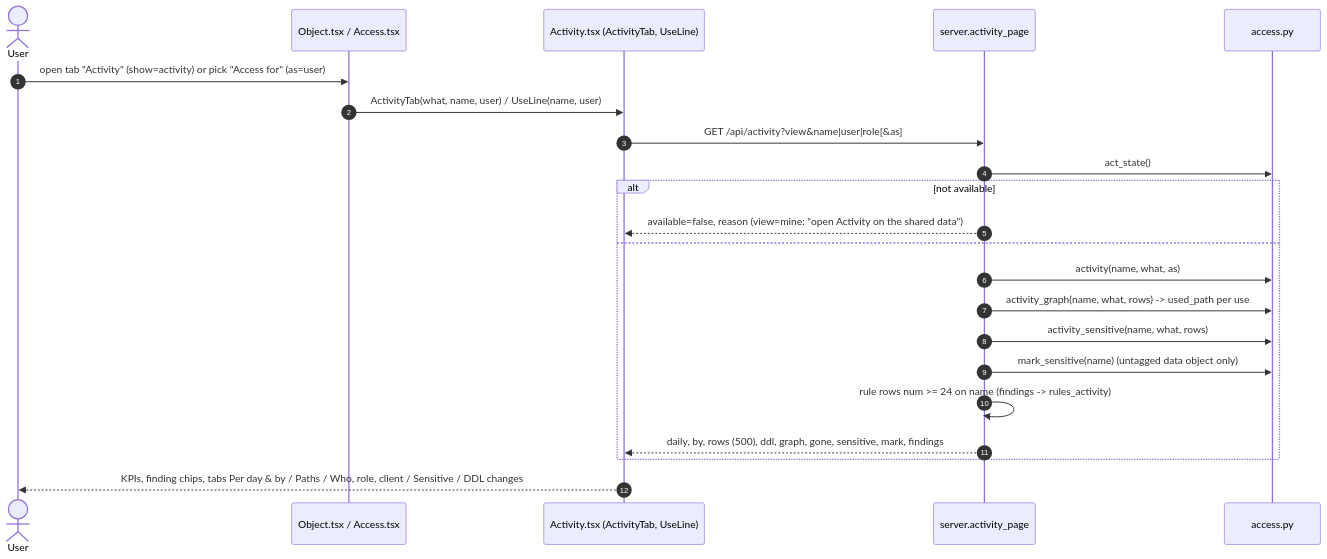
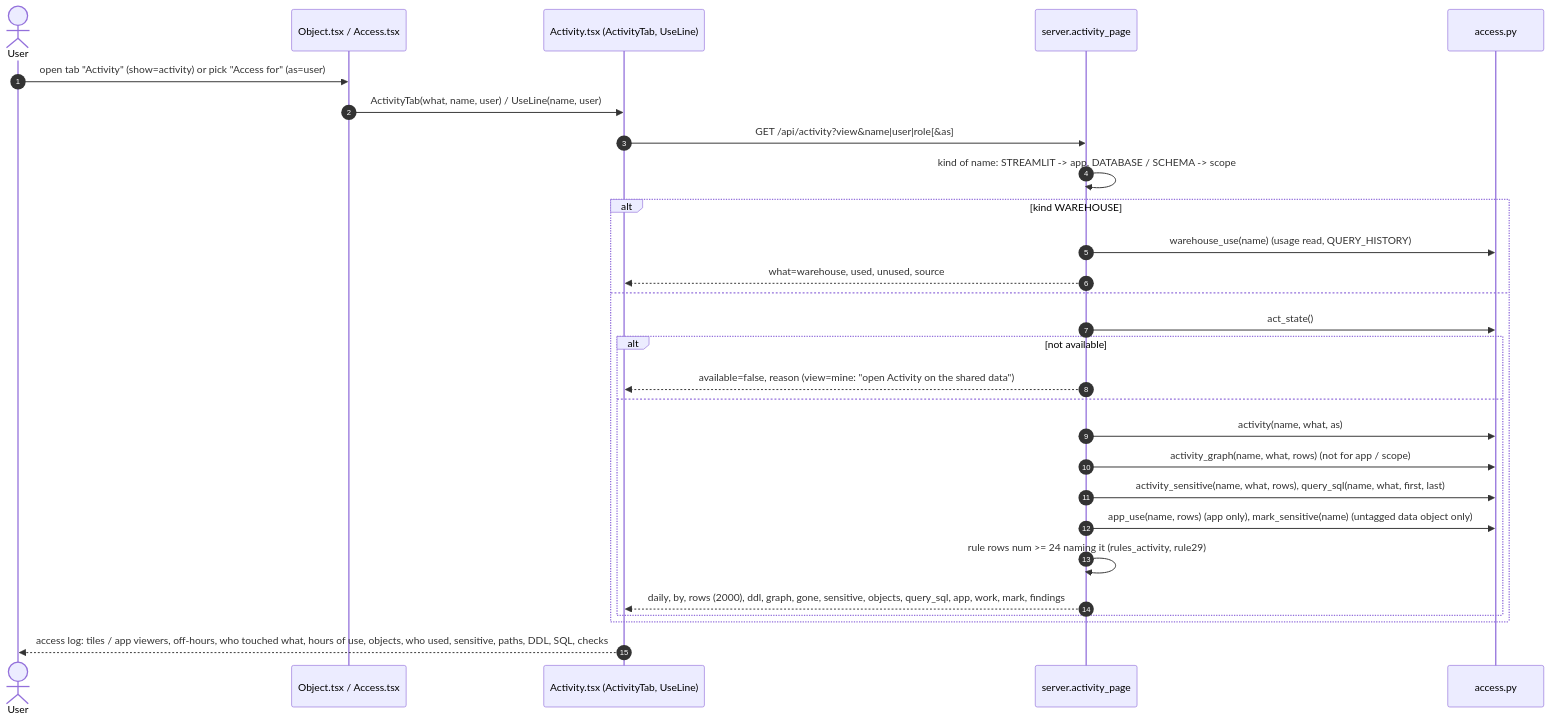
The diagram in snowflake-access-explorer-knowledge-graph/flows/activity-tab.md (darshanmeel/snowflake-access-explorer), drawn with Mermaid before and after one commit. The commit also changed other lines of this file and 88 other files, not shown here.

First line of the commit message:
Knowledge graph and docs for the access log; per-day charts by user, role, client, statement, R/W/DDL, object kind

````diff
--- a/snowflake-access-explorer-knowledge-graph/flows/activity-tab.md
+++ b/snowflake-access-explorer-knowledge-graph/flows/activity-tab.md
@@ -6,24 +6,30 @@
 ```mermaid
 sequenceDiagram
     autonumber
     actor U as User
     participant P as Object.tsx / Access.tsx
     participant T as Activity.tsx (ActivityTab, UseLine)
     participant S as server.activity_page
     participant A as access.py
     U->>P: open tab "Activity" (show=activity) or pick "Access for" (as=user)
     P->>T: ActivityTab(what, name, user) / UseLine(name, user)
     T->>S: GET /api/activity?view&name|user|role[&as]
-    S->>A: act_state()
-    alt not available
-        S-->>T: available=false, reason (view=mine: "open Activity on the shared data")
+    S->>S: kind of name: STREAMLIT -> app, DATABASE / SCHEMA -> scope
+    alt kind WAREHOUSE
+        S->>A: warehouse_use(name) (usage read, QUERY_HISTORY)
+        S-->>T: what=warehouse, used, unused, source
     else
-        S->>A: activity(name, what, as)
-        S->>A: activity_graph(name, what, rows) -> used_path per use
-        S->>A: activity_sensitive(name, what, rows)
-        S->>A: mark_sensitive(name) (untagged data object only)
-        S->>S: rule rows num >= 24 on name (findings -> rules_activity)
-        S-->>T: daily, by, rows (500), ddl, graph, gone, sensitive, mark, findings
+        S->>A: act_state()
+        alt not available
+            S-->>T: available=false, reason (view=mine: "open Activity on the shared data")
+        else
+            S->>A: activity(name, what, as)
+            S->>A: activity_graph(name, what, rows) (not for app / scope)
+            S->>A: activity_sensitive(name, what, rows), query_sql(name, what, first, last)
+            S->>A: app_use(name, rows) (app only), mark_sensitive(name) (untagged data object only)
+            S->>S: rule rows num >= 24 naming it (rules_activity, rule29)
+            S-->>T: daily, by, rows (2000), ddl, graph, gone, sensitive, objects, query_sql, app, work, mark, findings
+        end
     end
-    T-->>U: KPIs, finding chips, tabs Per day & by / Paths / Who, role, client / Sensitive / DDL changes
+    T-->>U: access log: tiles / app viewers, off-hours, who touched what, hours of use, objects, who used, sensitive, paths, DDL, SQL, checks
 ```
````
